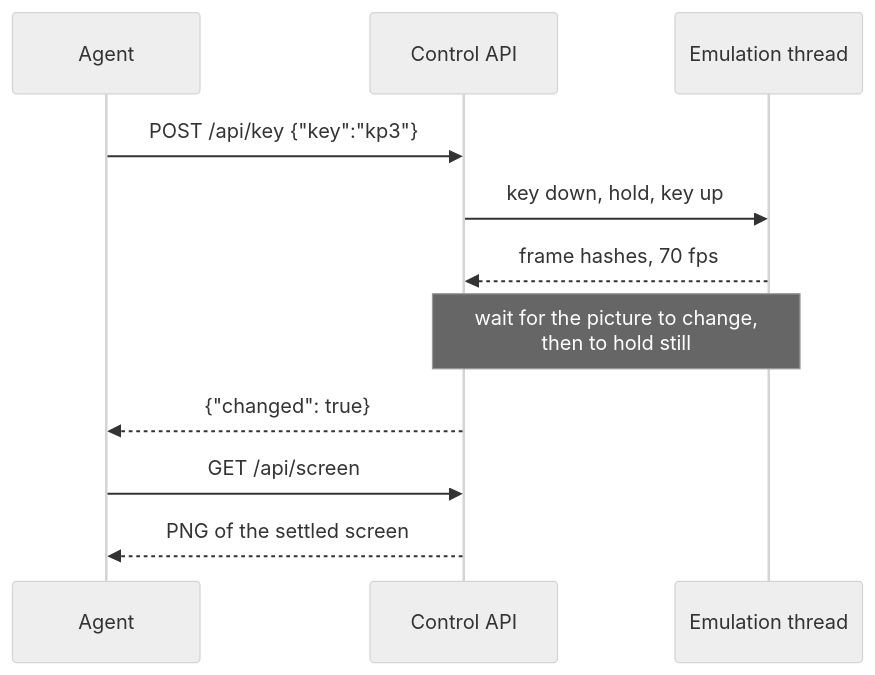
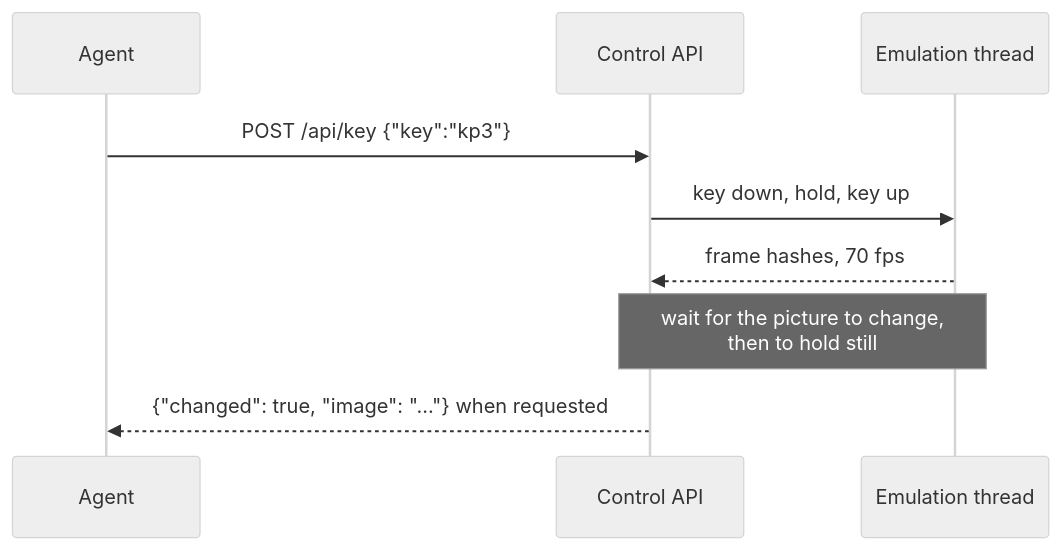
One commit to LYMDLUT/jy-crpg-bench changed the first of 3 diagrams in README.md. Above: the diagram before and after it, drawn with Mermaid (neutral theme). The commit also changed other lines of this file and 15 other files, not shown here.

````diff
--- a/README.md
+++ b/README.md
@@ -101,13 +102,11 @@
 ```mermaid
 sequenceDiagram
     participant A as Agent
     participant S as Control API
     participant E as Emulation thread
     A->>S: POST /api/key {"key":"kp3"}
     S->>E: key down, hold, key up
     E-->>S: frame hashes, 70 fps
     Note over S,E: wait for the picture to change,<br/>then to hold still
-    S-->>A: {"changed": true}
-    A->>S: GET /api/screen
-    S-->>A: PNG of the settled screen
+    S-->>A: {"changed": true, "image": "..."} when requested
 ```
````
